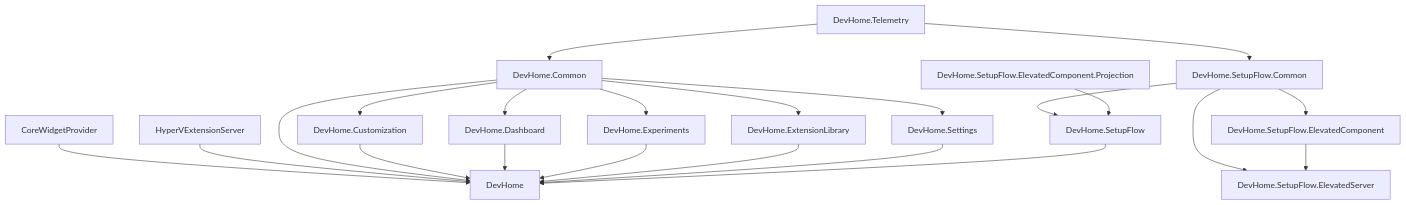
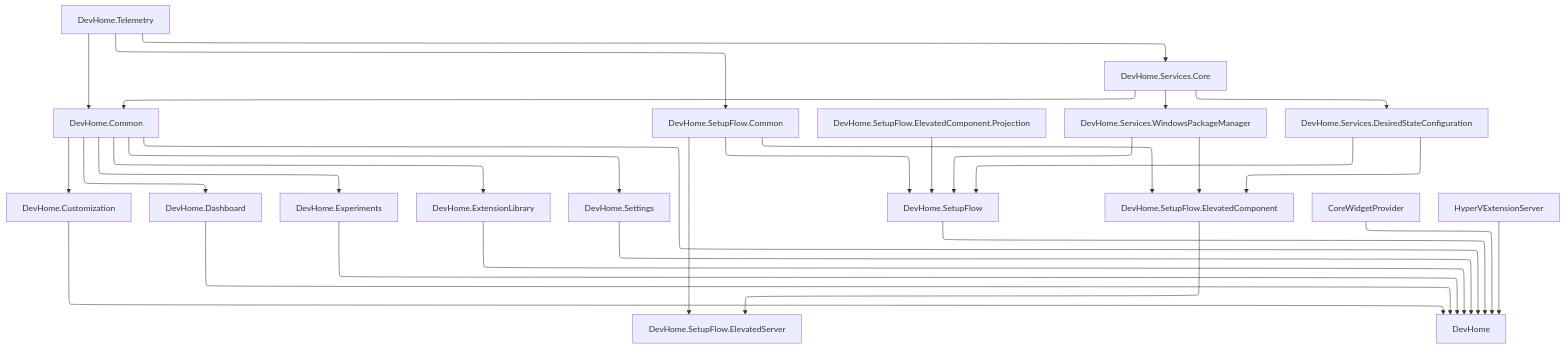
Before and after one commit to microsoft/devhome: the diagram in docs/architecture.md, drawn with Mermaid. The commit also changed 1 other file, not shown here.

Commit message:
Updated arch

````diff
--- a/docs/architecture.md
+++ b/docs/architecture.md
@@ -14,24 +14,33 @@
 ```mermaid
 graph TD;
+    %%{init:{'flowchart':{"defaultRenderer": "elk"}}}%%
     DevHome.Telemetry-->DevHome.Common;
     DevHome.Common-->DevHome.Customization;
     DevHome.Common-->DevHome.Dashboard;
     DevHome.Common-->DevHome.Experiments;
     DevHome.Common-->DevHome.ExtensionLibrary;
     DevHome.Common-->DevHome.Settings;
     DevHome.Telemetry-->DevHome.SetupFlow.Common;
     DevHome.SetupFlow.Common-->DevHome.SetupFlow;
     DevHome.SetupFlow.Common-->DevHome.SetupFlow.ElevatedComponent;
     DevHome.SetupFlow.Common-->DevHome.SetupFlow.ElevatedServer;
     DevHome.SetupFlow.ElevatedComponent-->DevHome.SetupFlow.ElevatedServer;
     DevHome.SetupFlow.ElevatedComponent.Projection-->DevHome.SetupFlow;
     CoreWidgetProvider-->DevHome;
     HyperVExtensionServer-->DevHome;
     DevHome.Common-->DevHome;
     DevHome.Customization-->DevHome;
     DevHome.Dashboard-->DevHome;
     DevHome.Experiments-->DevHome;
     DevHome.ExtensionLibrary-->DevHome;
     DevHome.Settings-->DevHome;
     DevHome.SetupFlow-->DevHome;
+    DevHome.Services.Core-->DevHome.Services.WindowsPackageManager;
+    DevHome.Services.Core-->DevHome.Services.DesiredStateConfiguration;
+    DevHome.Telemetry-->DevHome.Services.Core;
+    DevHome.Services.Core-->DevHome.Common;
+    DevHome.Services.WindowsPackageManager-->DevHome.SetupFlow;
+    DevHome.Services.DesiredStateConfiguration-->DevHome.SetupFlow;
+    DevHome.Services.WindowsPackageManager-->DevHome.SetupFlow.ElevatedComponent;
+    DevHome.Services.DesiredStateConfiguration-->DevHome.SetupFlow.ElevatedComponent;
 ```
````
